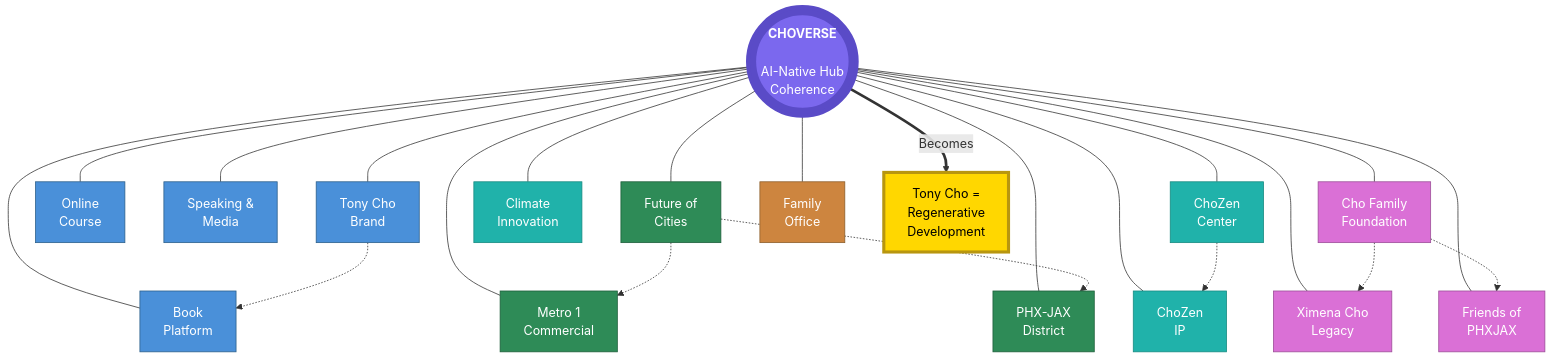
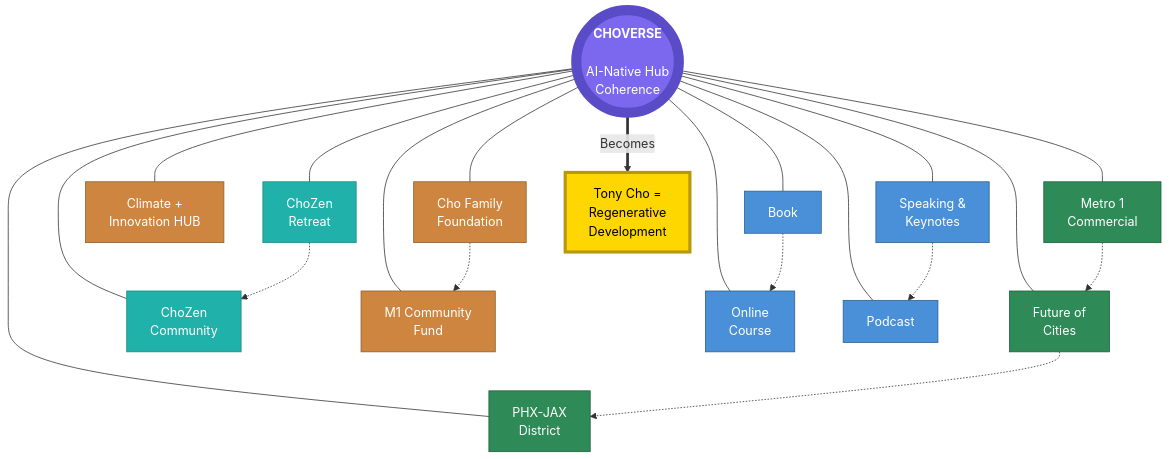
The diagram in legal-vault/proposals/cho-ventures-5-slide-deck-2026-02-20.md (Light-Brands/qie), drawn with Mermaid before and after one commit.

Commit message:
Update diagram to match master plan portfolio structure
Now aligned with MASTER-PLAN.md portfolio overview:

Real Estate Division (green):
- Metro 1 Commercial
- Future of Cities
- PHX-JAX District

Wellness & Lifestyle (teal):
- ChoZen Retreat
- ChoZen Community

Innovation & Impact (brown):
- Climate + Innovation HUB
- Cho Family Foundation
- M1 Community Fund

Authority Platform (blue):
- Book
- Online Course
- Speaking & Keynotes
- Podcast

Organic mind map network with ChoVerse at center.

````diff
--- a/legal-vault/proposals/cho-ventures-5-slide-deck-2026-02-20.md
+++ b/legal-vault/proposals/cho-ventures-5-slide-deck-2026-02-20.md
@@ -52,73 +52,64 @@
 ```mermaid
 graph TD
     CV(((<b>CHOVERSE</b><br/><br/>AI-Native Hub<br/>Coherence)))
 
-    TC[Tony Cho<br/>Brand]
-    BOOK[Book<br/>Platform]
-    COURSE[Online<br/>Course]
-    SPEAK[Speaking &<br/>Media]
-
+    M1[Metro 1<br/>Commercial]
     FOC[Future of<br/>Cities]
-    M1[Metro 1<br/>Commercial]
     PHX[PHX-JAX<br/>District]
 
-    CCRL[ChoZen<br/>Center]
-    CZIP[ChoZen<br/>IP]
-    HUB[Climate<br/>Innovation]
+    RETREAT[ChoZen<br/>Retreat]
+    COMM[ChoZen<br/>Community]
 
+    HUB[Climate +<br/>Innovation HUB]
     CFF[Cho Family<br/>Foundation]
-    XCLF[Ximena Cho<br/>Legacy]
-    FOP[Friends of<br/>PHXJAX]
+    M1FUND[M1 Community<br/>Fund]
 
-    CVF[Family<br/>Office]
+    BOOK[Book]
+    COURSE[Online<br/>Course]
+    SPEAK[Speaking &<br/>Keynotes]
+    PODCAST[Podcast]
 
-    CV --- TC
+    CV --- M1
+    CV --- FOC
+    CV --- PHX
+
+    CV --- RETREAT
+    CV --- COMM
+
+    CV --- HUB
+    CV --- CFF
+    CV --- M1FUND
+
     CV --- BOOK
     CV --- COURSE
     CV --- SPEAK
+    CV --- PODCAST
 
-    CV --- FOC
-    CV --- M1
-    CV --- PHX
-
-    CV --- CCRL
-    CV --- CZIP
-    CV --- HUB
-
-    CV --- CFF
-    CV --- XCLF
-    CV --- FOP
-
-    CV --- CVF
-
-    TC -.-> BOOK
-    FOC -.-> M1
+    M1 -.-> FOC
     FOC -.-> PHX
-    CCRL -.-> CZIP
-    CFF -.-> XCLF
-    CFF -.-> FOP
+    RETREAT -.-> COMM
+    CFF -.-> M1FUND
+    BOOK -.-> COURSE
+    SPEAK -.-> PODCAST
 
     CV ==>|Becomes| OUTCOME[Tony Cho =<br/>Regenerative<br/>Development]
 
     style CV fill:#7B68EE,stroke:#5A4BC7,color:#fff,stroke-width:8px
     style OUTCOME fill:#FFD700,stroke:#B8960F,color:#000,stroke-width:4px
 
-    style TC fill:#4A90D9,stroke:#2C5F8A,color:#fff
+    style M1 fill:#2E8B57,stroke:#1D5E3A,color:#fff
+    style FOC fill:#2E8B57,stroke:#1D5E3A,color:#fff
+    style PHX fill:#2E8B57,stroke:#1D5E3A,color:#fff
+
+    style RETREAT fill:#20B2AA,stroke:#178A80,color:#fff
+    style COMM fill:#20B2AA,stroke:#178A80,color:#fff
+
+    style HUB fill:#CD853F,stroke:#8B5E2B,color:#fff
+    style CFF fill:#CD853F,stroke:#8B5E2B,color:#fff
+    style M1FUND fill:#CD853F,stroke:#8B5E2B,color:#fff
+
     style BOOK fill:#4A90D9,stroke:#2C5F8A,color:#fff
     style COURSE fill:#4A90D9,stroke:#2C5F8A,color:#fff
     style SPEAK fill:#4A90D9,stroke:#2C5F8A,color:#fff
-
-    style FOC fill:#2E8B57,stroke:#1D5E3A,color:#fff
-    style M1 fill:#2E8B57,stroke:#1D5E3A,color:#fff
-    style PHX fill:#2E8B57,stroke:#1D5E3A,color:#fff
-
-    style CCRL fill:#20B2AA,stroke:#178A80,color:#fff
-    style CZIP fill:#20B2AA,stroke:#178A80,color:#fff
-    style HUB fill:#20B2AA,stroke:#178A80,color:#fff
-
-    style CFF fill:#DA70D6,stroke:#9B4D97,color:#fff
-    style XCLF fill:#DA70D6,stroke:#9B4D97,color:#fff
-    style FOP fill:#DA70D6,stroke:#9B4D97,color:#fff
-
-    style CVF fill:#CD853F,stroke:#8B5E2B,color:#fff
+    style PODCAST fill:#4A90D9,stroke:#2C5F8A,color:#fff
 ```
````
